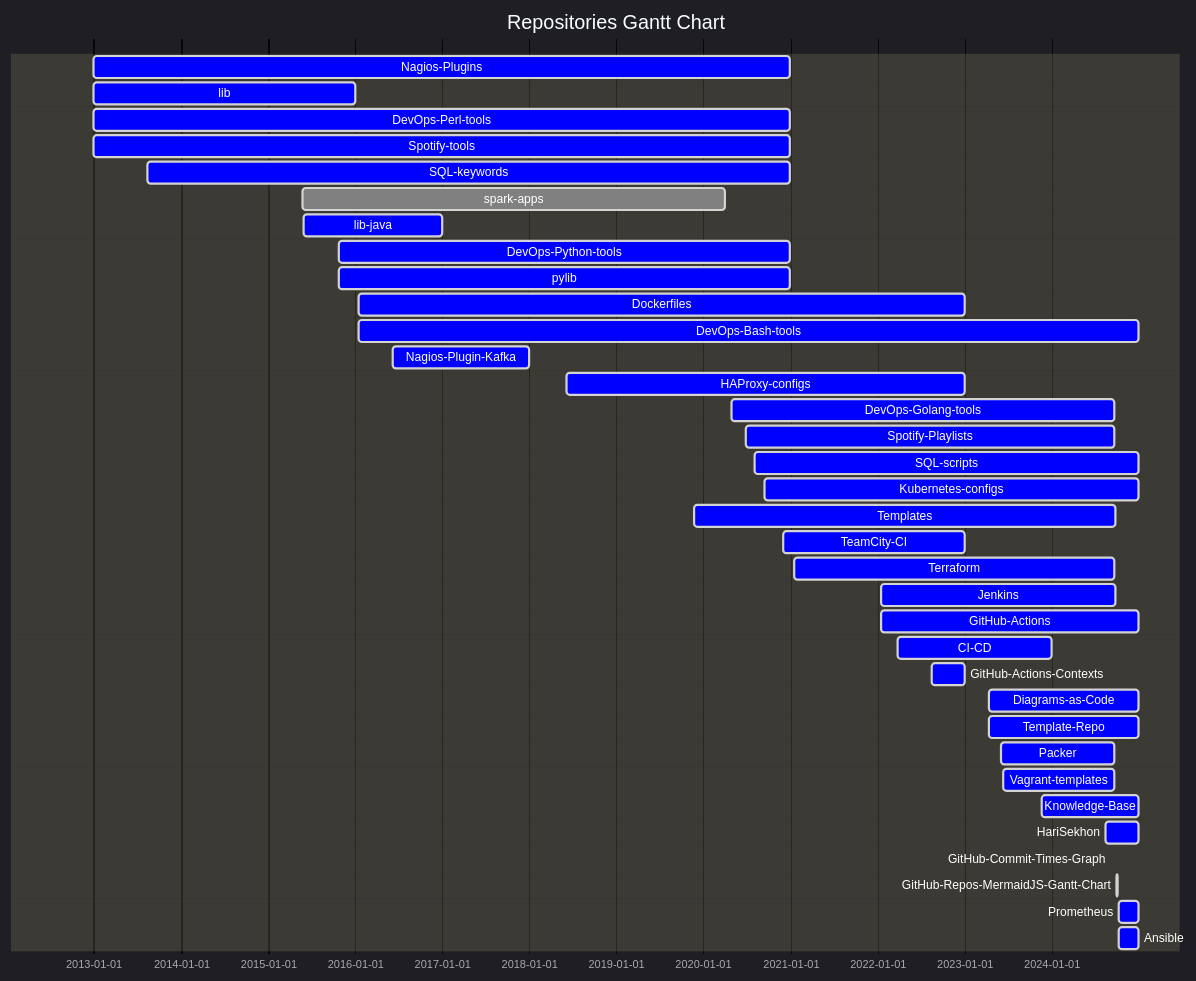
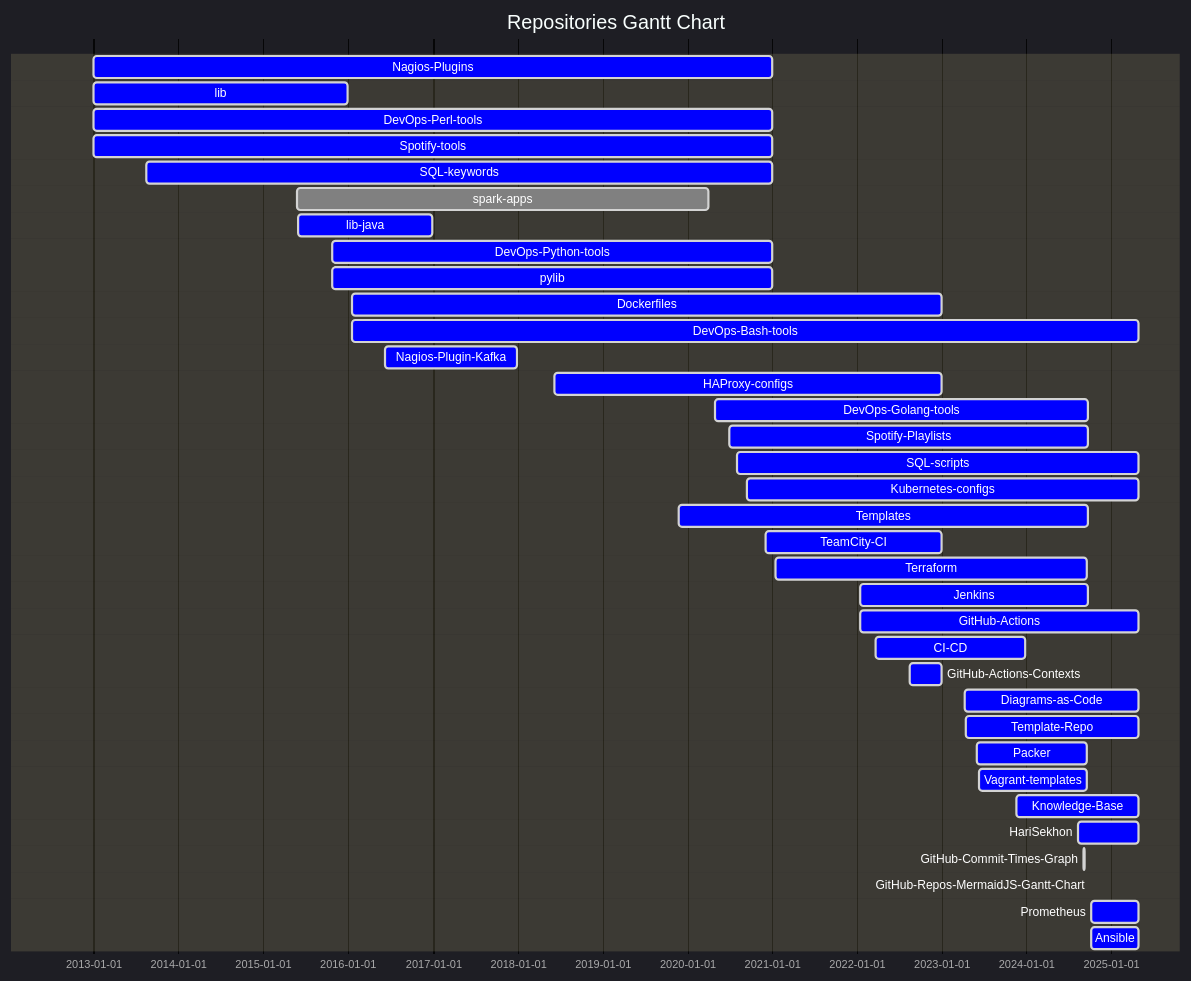
One commit to HariSekhon/HariSekhon changed the first of 2 diagrams in README.md. Above: the diagram before and after it, drawn with Mermaid. The commit also changed other lines of this file, not shown here.

````diff
--- a/README.md
+++ b/README.md
@@ -1250,58 +1250,58 @@
 ```mermaid
 %%{ init: {
         "topAxis": true,
         "logLevel": "debug",
         'theme': 'dark',
         'themeVariables': {
           'activeTaskBkgColor': '#0000ff',
           'activeTaskBorderColor': 'lightgrey',
           'critBorderColor': 'lightgrey',
           'doneTaskBkgColor': 'grey',
           'doneTaskBorderColor': 'lightgrey',
           'taskBkgColor': 'black',
           'taskBorderColor': 'black',
           'taskTextColor': 'white',
           'taskTextDarkColor': 'white',
           'taskTextLightColor': 'black',
           'todayLineColor': 'red'
         }
     }
 }%%
 gantt
     dateFormat  YYYY-MM-DD
     title Repositories Gantt Chart
     Nagios-Plugins : active, 2012-12-30, 2020-12-31
     lib : active, 2012-12-30, 2015-12-31
     DevOps-Perl-tools : active, 2012-12-30, 2020-12-31
     Spotify-tools : active, 2012-12-30, 2020-12-31
     SQL-keywords : active, 2013-08-13, 2020-12-31
     spark-apps : done, 2015-05-25, 2020-04-02
     lib-java : active, 2015-05-31, 2016-12-31
     DevOps-Python-tools : active, 2015-10-27, 2020-12-31
     pylib : active, 2015-10-27, 2020-12-31
     Dockerfiles : active, 2016-01-17, 2022-12-31
-    DevOps-Bash-tools : active, 2016-01-17, 2024-12-31
+    DevOps-Bash-tools : active, 2016-01-17, 2025-04-30
     Nagios-Plugin-Kafka : active, 2016-06-07, 2017-12-31
     HAProxy-configs : active, 2018-06-08, 2022-12-31
     DevOps-Golang-tools : active, 2020-04-30, 2024-09-22
     Spotify-Playlists : active, 2020-06-29, 2024-09-22
-    SQL-scripts : active, 2020-08-05, 2024-12-31
-    Kubernetes-configs : active, 2020-09-16, 2024-12-31
+    SQL-scripts : active, 2020-08-05, 2025-04-30
+    Kubernetes-configs : active, 2020-09-16, 2025-04-30
     Templates : active, 2019-11-25, 2024-09-25
     TeamCity-CI : active, 2020-12-03, 2022-12-31
     Terraform : active, 2021-01-18, 2024-09-21
     Jenkins : active, 2022-01-17, 2024-09-23
-    GitHub-Actions : active, 2022-01-17, 2024-12-31
+    GitHub-Actions : active, 2022-01-17, 2025-04-30
     CI-CD : active, 2022-03-25, 2023-12-31
     GitHub-Actions-Contexts : active, 2022-08-17, 2022-12-31
-    Diagrams-as-Code : active, 2023-04-14, 2024-12-31
-    Template-Repo : active, 2023-04-15, 2024-12-31
+    Diagrams-as-Code : active, 2023-04-14, 2025-04-30
+    Template-Repo : active, 2023-04-15, 2025-04-30
     Packer : active, 2023-06-02, 2024-09-21
     Vagrant-templates : active, 2023-06-12, 2024-09-21
-    Knowledge-Base : active, 2023-11-22, 2024-12-31
-    HariSekhon : active, 2024-08-14, 2024-12-31
+    Knowledge-Base : active, 2023-11-22, 2025-04-30
+    HariSekhon : active, 2024-08-14, 2025-04-30
     GitHub-Commit-Times-Graph : active, 2024-09-07, 2024-09-08
     GitHub-Repos-MermaidJS-Gantt-Chart : active, 2024-10-02, 2024-10-03
-    Prometheus : active, 2024-10-08, 2024-12-31
-    Ansible : active, 2024-10-08, 2024-12-31
+    Prometheus : active, 2024-10-08, 2025-04-30
+    Ansible : active, 2024-10-08, 2025-04-30
 ```
````
